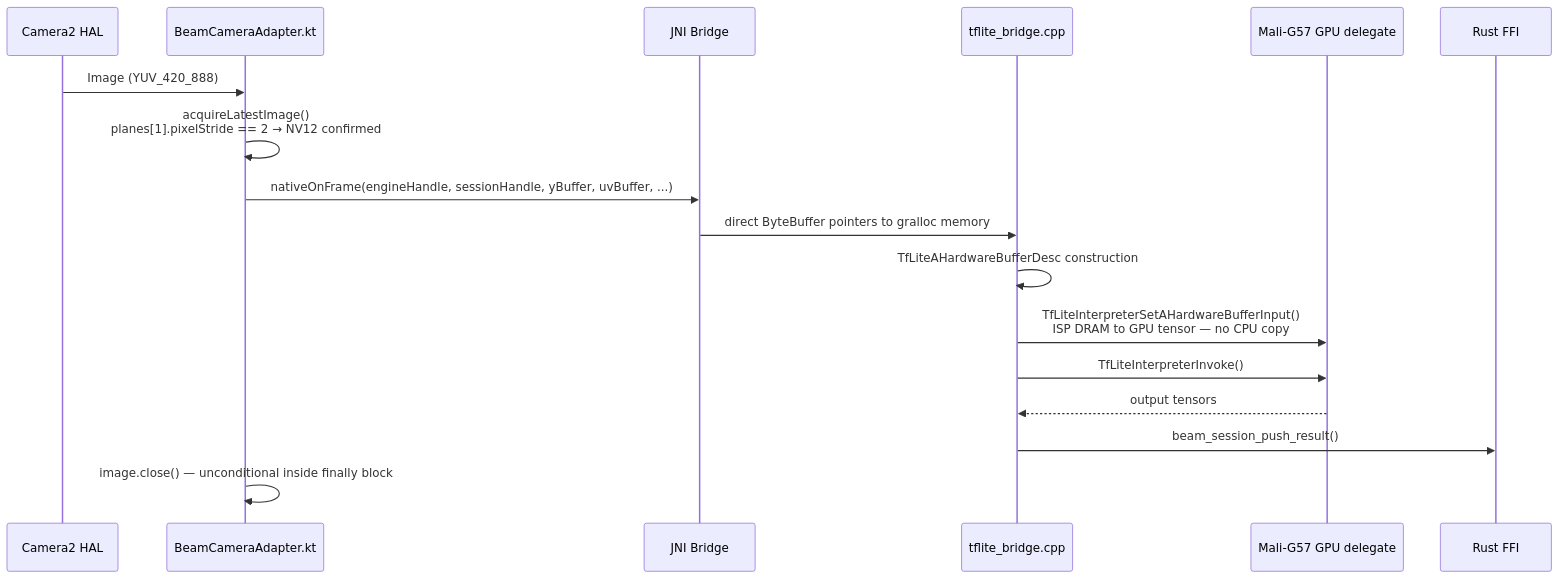
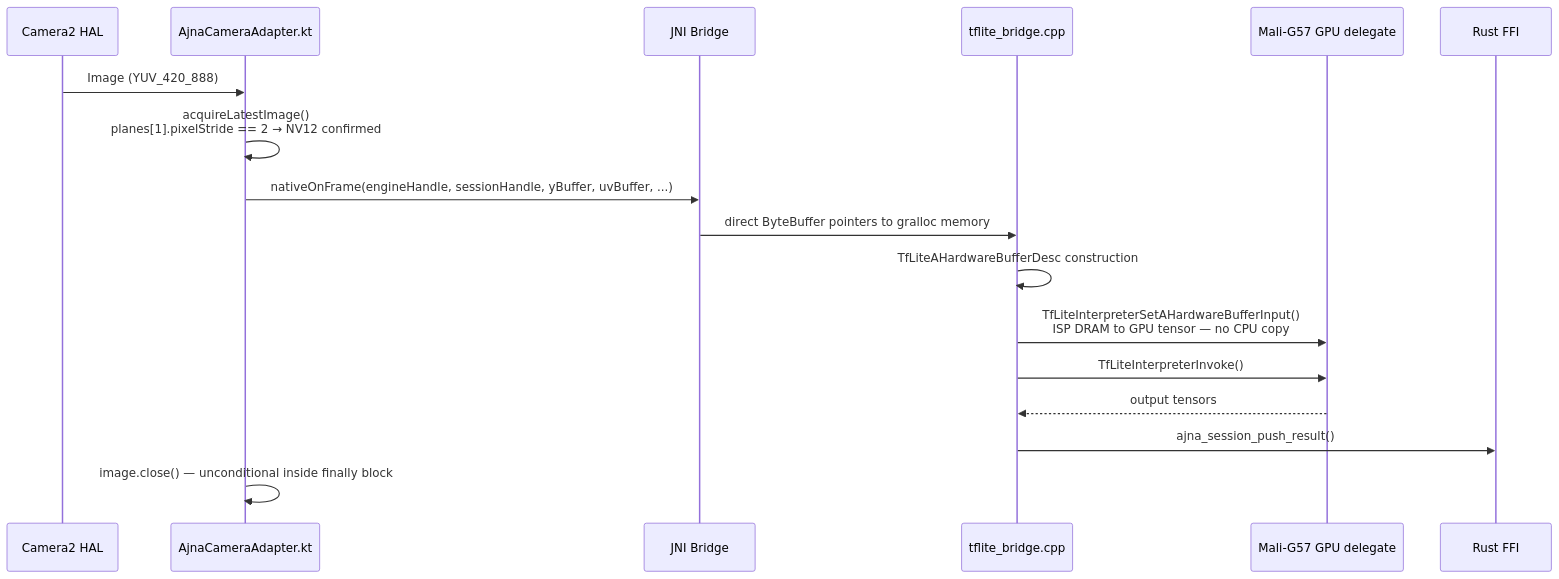
The sixth of 11 diagrams in README.md (NeoOne601/beam-sdk), drawn with Mermaid before and after one commit. The commit also changed other lines of this file and 146 other files, not shown here.

First line of the commit message:
refactor: rebrand Beam to Ajna across workspace, FFI, platform bridges, and docs

````diff
--- a/README.md
+++ b/README.md
@@ -264,20 +264,20 @@
 ```mermaid
 sequenceDiagram
     participant ISP as Camera2 HAL
-    participant KT as BeamCameraAdapter.kt
+    participant KT as AjnaCameraAdapter.kt
     participant JNI as JNI Bridge
     participant CPP as tflite_bridge.cpp
     participant GPU as Mali-G57 GPU delegate
     participant FFI as Rust FFI
 
     ISP->>KT: Image (YUV_420_888)
     KT->>KT: acquireLatestImage()<br/>planes[1].pixelStride == 2 → NV12 confirmed
     KT->>JNI: nativeOnFrame(engineHandle, sessionHandle, yBuffer, uvBuffer, ...)
     JNI->>CPP: direct ByteBuffer pointers to gralloc memory
     CPP->>CPP: TfLiteAHardwareBufferDesc construction
     CPP->>GPU: TfLiteInterpreterSetAHardwareBufferInput()<br/>ISP DRAM to GPU tensor — no CPU copy
     CPP->>GPU: TfLiteInterpreterInvoke()
     GPU-->>CPP: output tensors
-    CPP->>FFI: beam_session_push_result()
+    CPP->>FFI: ajna_session_push_result()
     KT->>KT: image.close() — unconditional inside finally block
 ```
````
